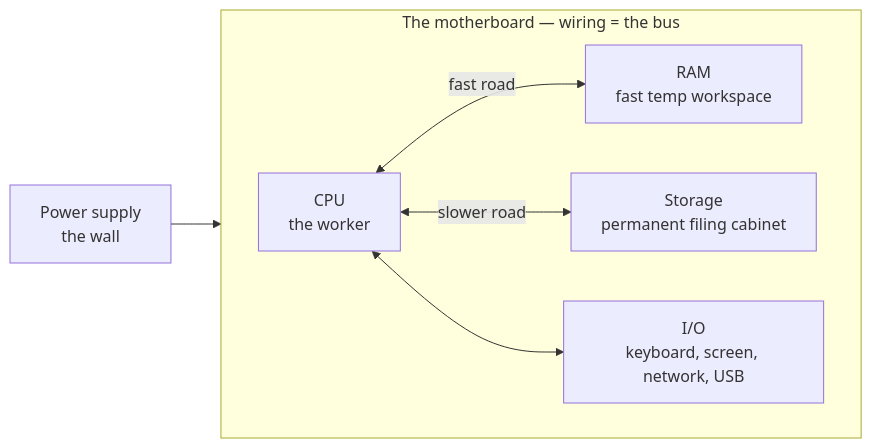
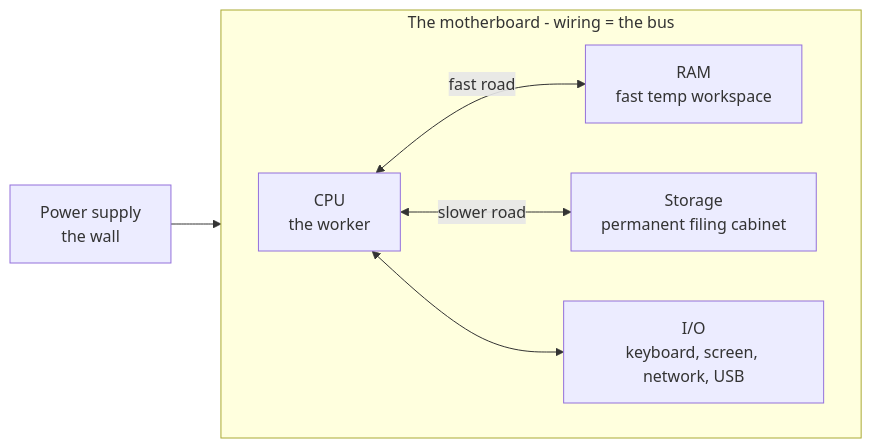
One commit to Topurrra/themissingmanual changed the first of 2 diagrams in guides/hardware/how-a-computer-works/01-the-parts.md. Above: the diagram before and after it, drawn with Mermaid. The commit also changed other lines of this file and 1072 other files, not shown here.

````diff
--- a/guides/hardware/how-a-computer-works/01-the-parts.md
+++ b/guides/hardware/how-a-computer-works/01-the-parts.md
@@ -24,10 +24,10 @@
 ```mermaid
 flowchart LR
   Power[Power supply<br/>the wall] --> Board
-  subgraph Board[The motherboard — wiring = the bus]
+  subgraph Board[The motherboard - wiring = the bus]
     direction LR
     CPU[CPU<br/>the worker] <-->|fast road| RAM[RAM<br/>fast temp workspace]
     CPU <-->|slower road| Storage[Storage<br/>permanent filing cabinet]
     CPU <--> IO[I/O<br/>keyboard, screen, network, USB]
   end
 ```
````
